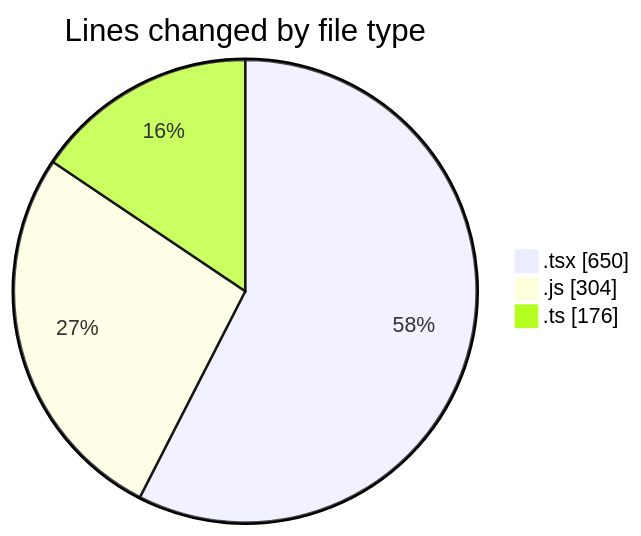
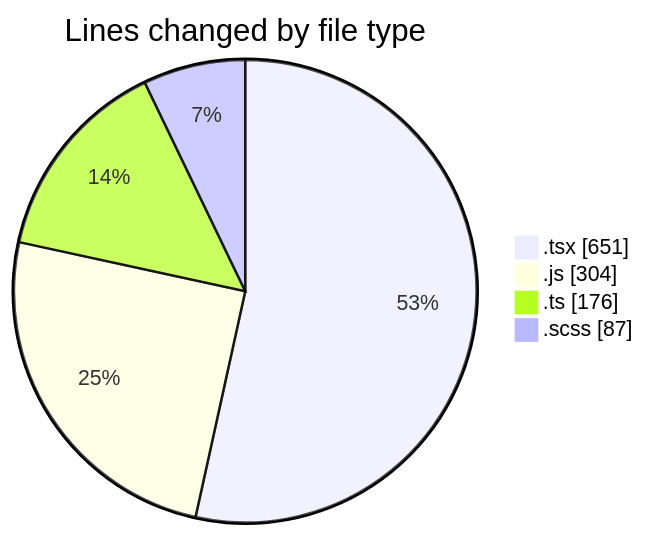
One commit to momahboobian/code-tracking changed the first of 2 diagrams in 2025-02-26/cda/README.md. Above: the diagram before and after it, drawn with Mermaid. The commit also changed other lines of this file and 1 other file, not shown here.

````diff
--- a/2025-02-26/cda/README.md
+++ b/2025-02-26/cda/README.md
@@ -30,7 +31,8 @@
 ```mermaid
 pie showData
 title Lines changed by file type
-".tsx" : 650
+".tsx" : 651
 ".js" : 304
 ".ts" : 176
+".scss" : 87
 ```
````
